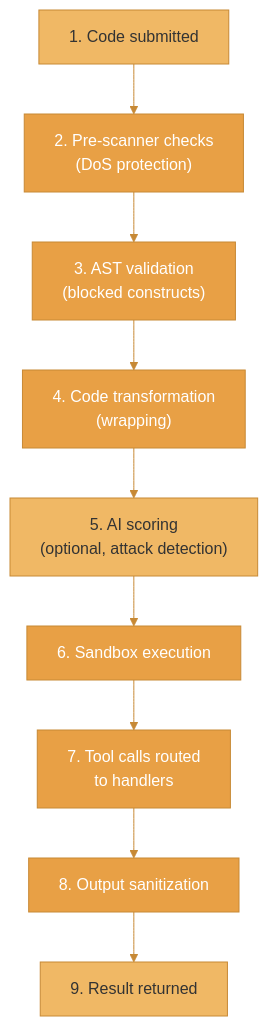
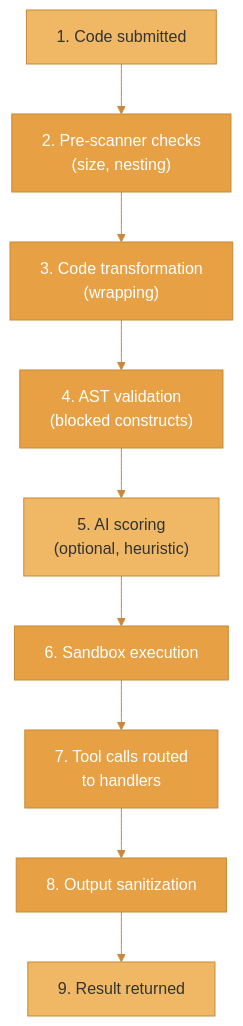
One commit to agentfront/enclave changed the fifth of 6 diagrams in docs/enclave/concepts/architecture.mdx. Above: the diagram before and after it, drawn with Mermaid. The commit also changed other lines of this file and 245 other files, not shown here.

````diff
--- a/docs/enclave/concepts/architecture.mdx
+++ b/docs/enclave/concepts/architecture.mdx
@@ -181,21 +201,21 @@
 ```mermaid
 %%{init: {'theme': 'base', 'themeVariables': { 'primaryColor': '#e8a045', 'primaryTextColor': '#fff', 'primaryBorderColor': '#c78935', 'lineColor': '#c78935', 'secondaryColor': '#f0b865', 'tertiaryColor': '#fff5e6'}}}%%
 flowchart TD
-    S1["1. Code submitted"] --> S2["2. Pre-scanner checks<br/>(DoS protection)"]
-    S2 --> S3["3. AST validation<br/>(blocked constructs)"]
-    S3 --> S4["4. Code transformation<br/>(wrapping)"]
-    S4 --> S5["5. AI scoring<br/>(optional, attack detection)"]
+    S1["1. Code submitted"] --> S2["2. Pre-scanner checks<br/>(size, nesting)"]
+    S2 --> S3["3. Code transformation<br/>(wrapping)"]
+    S3 --> S4["4. AST validation<br/>(blocked constructs)"]
+    S4 --> S5["5. AI scoring<br/>(optional, heuristic)"]
     S5 --> S6["6. Sandbox execution"]
     S6 --> S7["7. Tool calls routed<br/>to handlers"]
     S7 --> S8["8. Output sanitization"]
     S8 --> S9["9. Result returned"]
     style S1 fill:#f0b865,stroke:#c78935,color:#333
     style S2 fill:#e8a045,stroke:#c78935,color:#fff
     style S3 fill:#e8a045,stroke:#c78935,color:#fff
     style S4 fill:#e8a045,stroke:#c78935,color:#fff
     style S5 fill:#f0b865,stroke:#c78935,color:#333
     style S6 fill:#e8a045,stroke:#c78935,color:#fff
     style S7 fill:#e8a045,stroke:#c78935,color:#fff
     style S8 fill:#e8a045,stroke:#c78935,color:#fff
     style S9 fill:#f0b865,stroke:#c78935,color:#333
 ```
````
